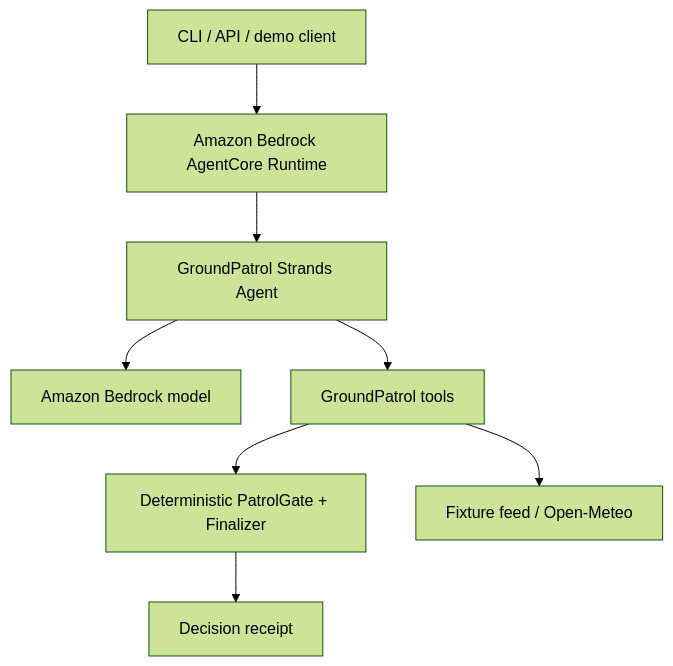
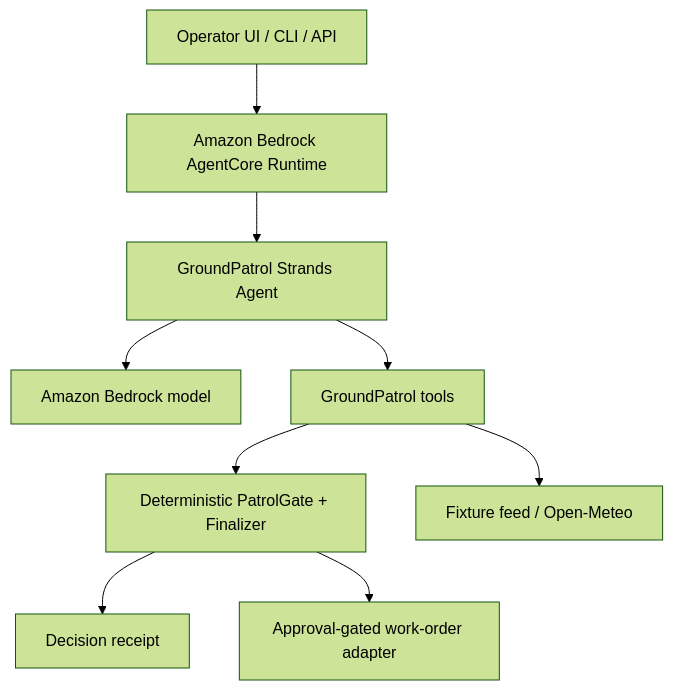
Before and after one commit to adamblackoak/GroundPatrol: the second of 2 diagrams in docs/architecture.md, drawn with Mermaid (forest theme). The commit also changed other lines of this file and 6 other files, not shown here.

````diff
--- a/docs/architecture.md
+++ b/docs/architecture.md
@@ -33,10 +37,11 @@
 ```mermaid
 flowchart TB
-    UI[CLI / API / demo client] --> AC[Amazon Bedrock AgentCore Runtime]
+    UI[Operator UI / CLI / API] --> AC[Amazon Bedrock AgentCore Runtime]
     AC --> SA[GroundPatrol Strands Agent]
     SA --> BR[Amazon Bedrock model]
     SA --> TOOLS[GroundPatrol tools]
     TOOLS --> GATE[Deterministic PatrolGate + Finalizer]
     TOOLS --> FEEDS[Fixture feed / Open-Meteo]
     GATE --> REC[Decision receipt]
+    GATE --> DISPATCH[Approval-gated work-order adapter]
 ```
````
